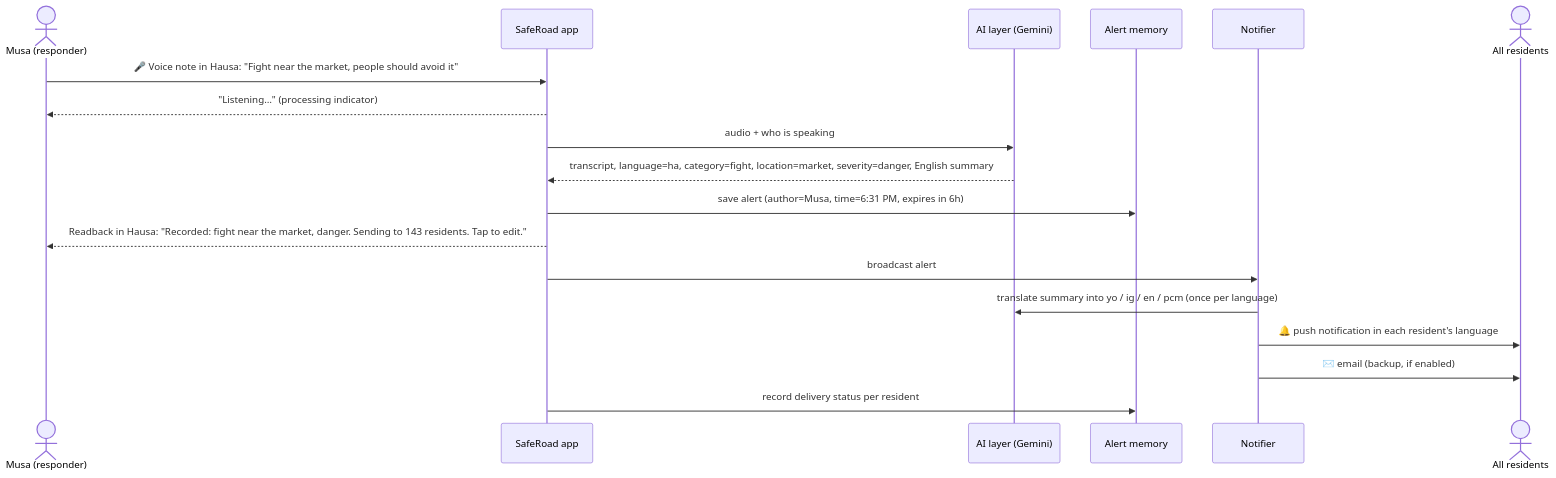
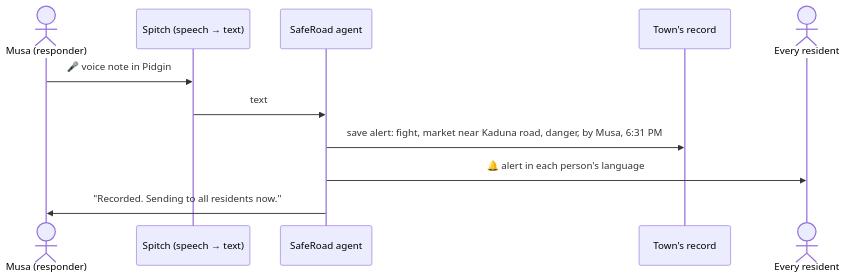
Before and after one commit to Abdullah-webd/ktechfest-ai: the second of 4 diagrams in architecture.md, drawn with Mermaid. The commit also changed other lines of this file and 1 other file, not shown here.

Commit message:
Docs: README model update; architecture explained in plain language for the current system

````diff
--- a/architecture.md
+++ b/architecture.md
@@ -66,21 +39,13 @@
 ```mermaid
 sequenceDiagram
     actor M as Musa (responder)
-    participant App as SafeRoad app
-    participant AI as AI layer (Gemini)
-    participant DB as Alert memory
-    participant N as Notifier
-    actor Res as All residents
-
-    M->>App: 🎤 Voice note in Hausa: "Fight near the market, people should avoid it"
-    App-->>M: "Listening…" (processing indicator)
-    App->>AI: audio + who is speaking
-    AI-->>App: transcript, language=ha, category=fight, location=market, severity=danger, English summary
-    App->>DB: save alert (author=Musa, time=6:31 PM, expires in 6h)
-    App-->>M: Readback in Hausa: "Recorded: fight near the market, danger. Sending to 143 residents. Tap to edit."
-    App->>N: broadcast alert #42
-    N->>AI: translate summary into yo / ig / en / pcm (once per language)
-    N->>Res: 🔔 push notification in each resident's language
-    N->>Res: ✉️ email (backup, if enabled)
-    App->>DB: record delivery status per resident
+    participant S as Spitch (speech → text)
+    participant AG as SafeRoad agent
+    participant DB as Town's record
+    actor A as Every resident
+    M->>S: 🎤 voice note in Pidgin
+    S->>AG: text
+    AG->>DB: save alert: fight, market near Kaduna road, danger, by Musa, 6:31 PM
+    AG->>A: 🔔 alert in each person's language
+    AG->>M: "Recorded. Sending to all residents now."
 ```
````
